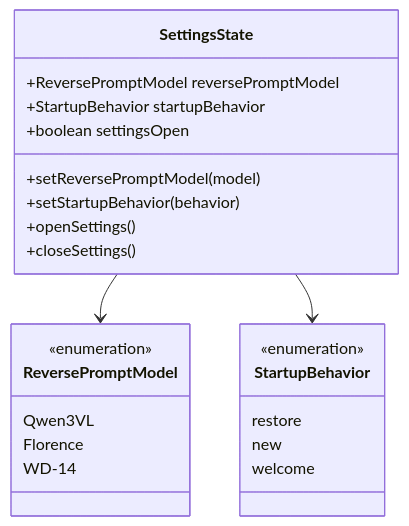
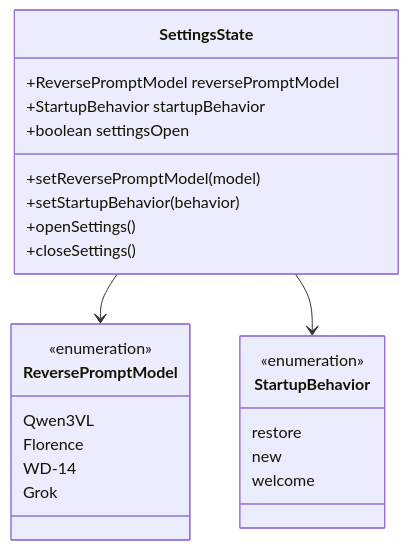
The second of 8 diagrams in .qoder/repowiki/zh/content/前端应用/状态管理系统/设置状态管理.md (billye220670/CorineKit_Pix2Real), drawn with Mermaid before and after one commit. The commit also changed other lines of this file and 54 other files, not shown here.

First line of the commit message:
feat: 模型下拉菜单元数据管理（缩略图+重命名）及session mask恢复优化

````diff
--- a/.qoder/repowiki/zh/content/前端应用/状态管理系统/设置状态管理.md
+++ b/.qoder/repowiki/zh/content/前端应用/状态管理系统/设置状态管理.md
@@ -88,26 +98,27 @@
 ```mermaid
 classDiagram
 class SettingsState {
 +ReversePromptModel reversePromptModel
 +StartupBehavior startupBehavior
 +boolean settingsOpen
 +setReversePromptModel(model)
 +setStartupBehavior(behavior)
 +openSettings()
 +closeSettings()
 }
 class ReversePromptModel {
 <<enumeration>>
 Qwen3VL
 Florence
 WD-14
+Grok
 }
 class StartupBehavior {
 <<enumeration>>
 restore
 new
 welcome
 }
 SettingsState --> ReversePromptModel
 SettingsState --> StartupBehavior
 ```
````
